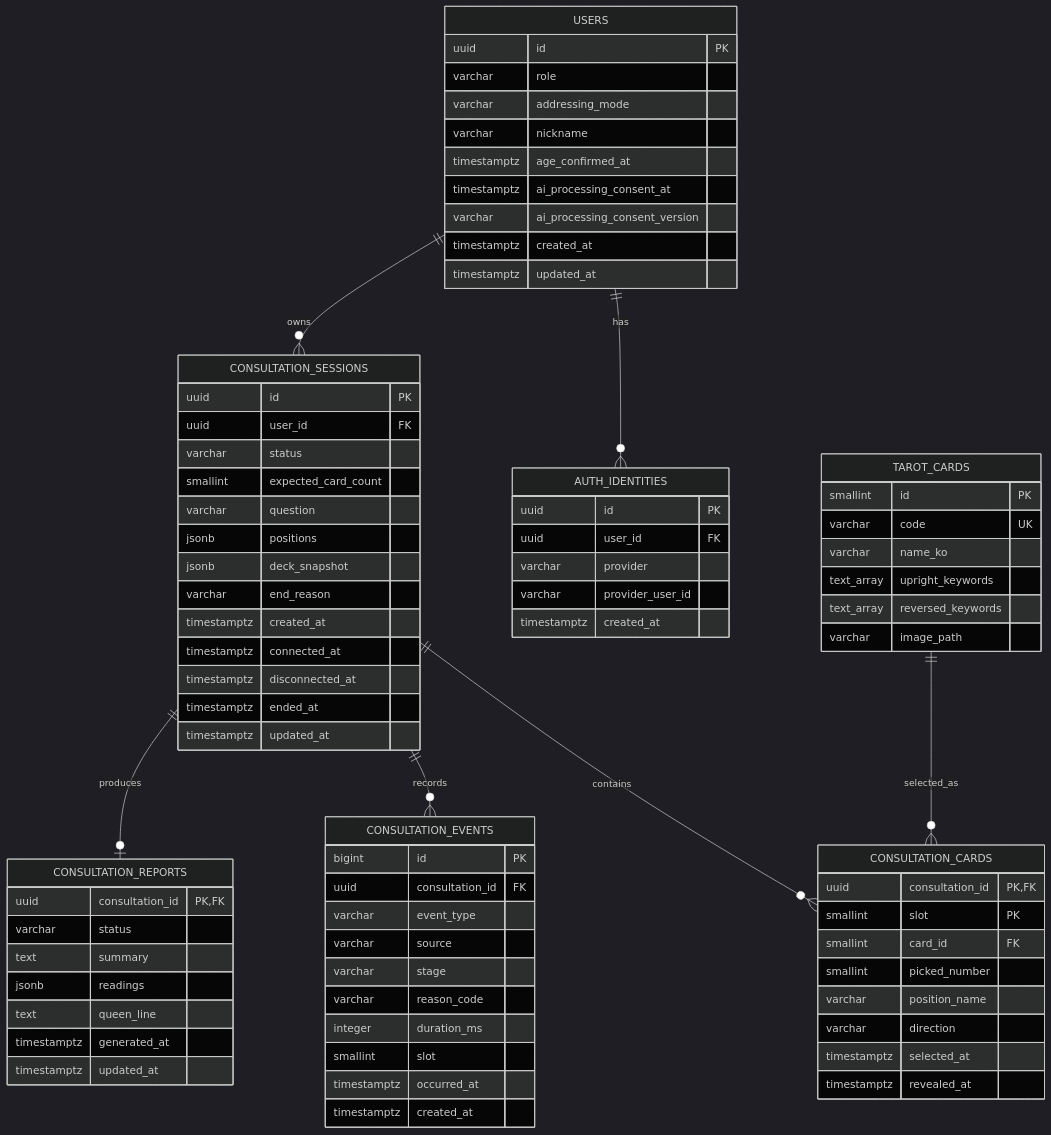
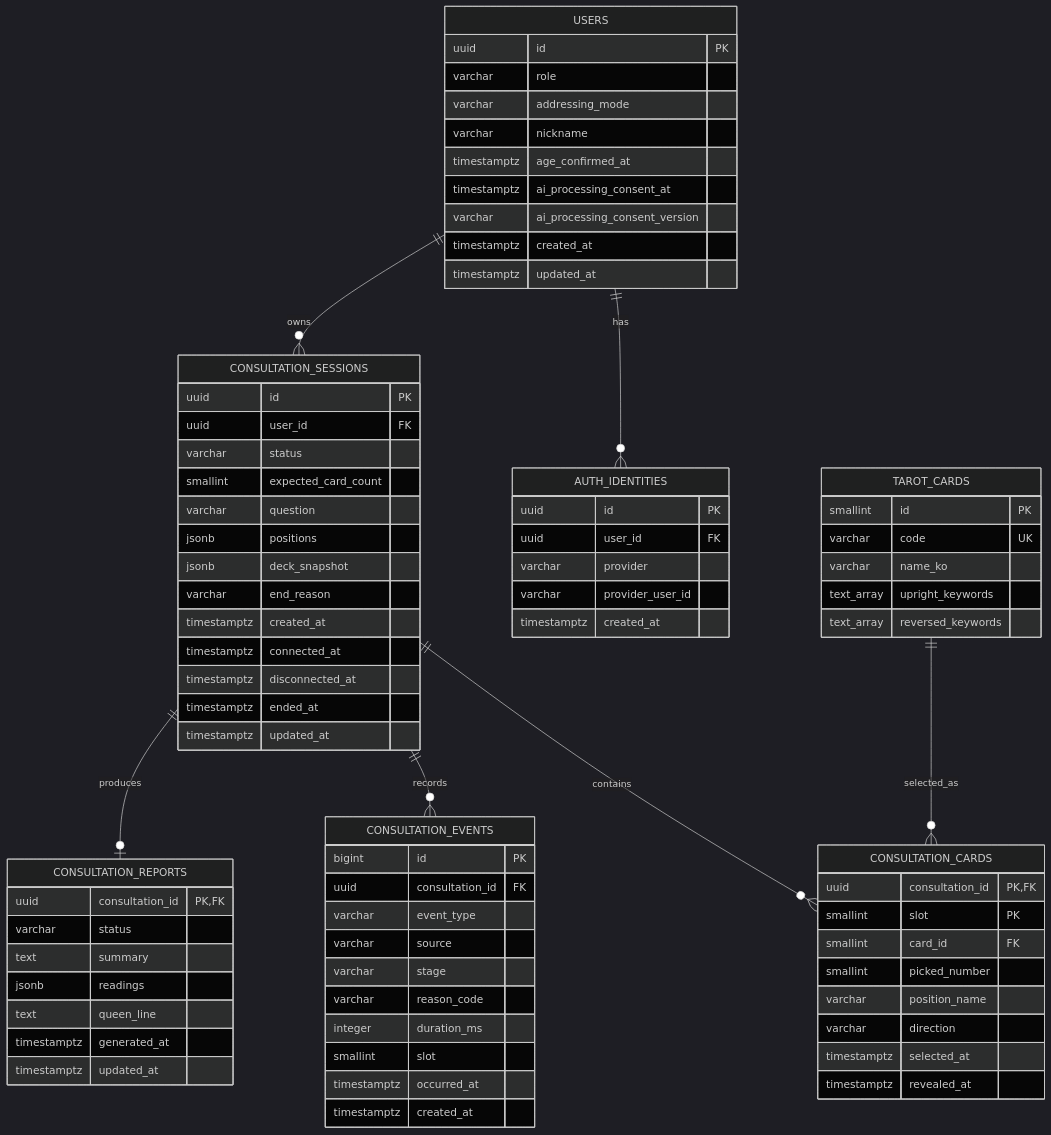
Before and after one commit to voice-uxlab/ten-minutes: the diagram in specs/backend/database.md, drawn with Mermaid (dark theme). The commit also changed other lines of this file and 14 other files, not shown here.

```diff
--- a/specs/backend/database.md
+++ b/specs/backend/database.md
@@ -108,7 +108,6 @@
         varchar name_ko
         text_array upright_keywords
         text_array reversed_keywords
-        varchar image_path
     }
 
     CONSULTATION_SESSIONS {
```
